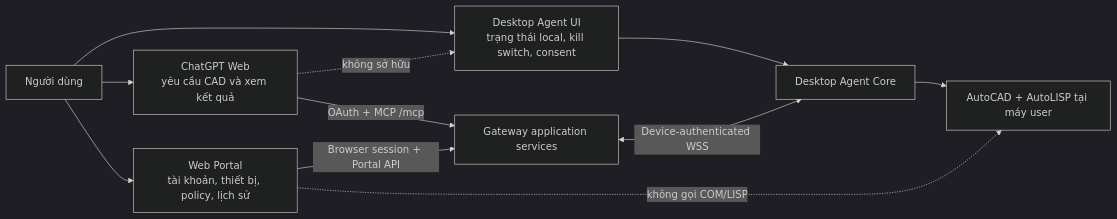
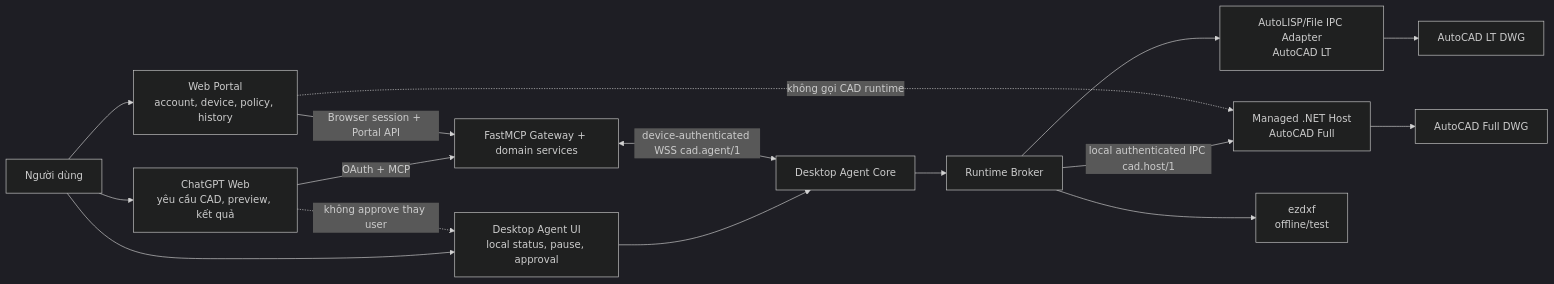
One commit to sontakmtp-cell/autocad-fastmcp changed the first of 2 diagrams in docs/architecture/appendix-user-interface.md. Above: the diagram before and after it, drawn with Mermaid (dark theme). The commit also changed other lines of this file, not shown here.

Commit message:
docs: align UI appendix with Managed .NET runtime architecture

````diff
--- a/docs/architecture/appendix-user-interface.md
+++ b/docs/architecture/appendix-user-interface.md
@@ -74,15 +86,22 @@
 ```mermaid
 flowchart LR
-    U["Người dùng"] --> CHAT["ChatGPT Web<br/>yêu cầu CAD và xem kết quả"]
-    U --> PORTAL["Web Portal<br/>tài khoản, thiết bị, policy, lịch sử"]
-    U --> UI["Desktop Agent UI<br/>trạng thái local, kill switch, consent"]
+    U["Người dùng"] --> CHAT["ChatGPT Web<br/>yêu cầu CAD, preview, kết quả"]
+    U --> PORTAL["Web Portal<br/>account, device, policy, history"]
+    U --> UI["Desktop Agent UI<br/>local status, pause, approval"]
 
-    CHAT -->|"OAuth + MCP /mcp"| GW["Gateway application services"]
+    CHAT -->|"OAuth + MCP"| GW["FastMCP Gateway + domain services"]
     PORTAL -->|"Browser session + Portal API"| GW
     UI --> CORE["Desktop Agent Core"]
-    GW <-->|"Device-authenticated WSS"| CORE
-    CORE --> CAD["AutoCAD + AutoLISP tại máy user"]
+    GW <-->|"device-authenticated WSS cad.agent/1"| CORE
 
-    CHAT -.->|"không sở hữu"| UI
-    PORTAL -.->|"không gọi COM/LISP"| CAD
+    CORE --> BROKER["Runtime Broker"]
+    BROKER -->|"local authenticated IPC cad.host/1"| HOST["Managed .NET Host<br/>AutoCAD Full"]
+    BROKER --> LT["AutoLISP/File IPC Adapter<br/>AutoCAD LT"]
+    BROKER --> EZ["ezdxf<br/>offline/test"]
+
+    HOST --> CADF["AutoCAD Full DWG"]
+    LT --> CADLT["AutoCAD LT DWG"]
+
+    PORTAL -.->|"không gọi CAD runtime"| HOST
+    CHAT -.->|"không approve thay user"| UI
 ```
````
